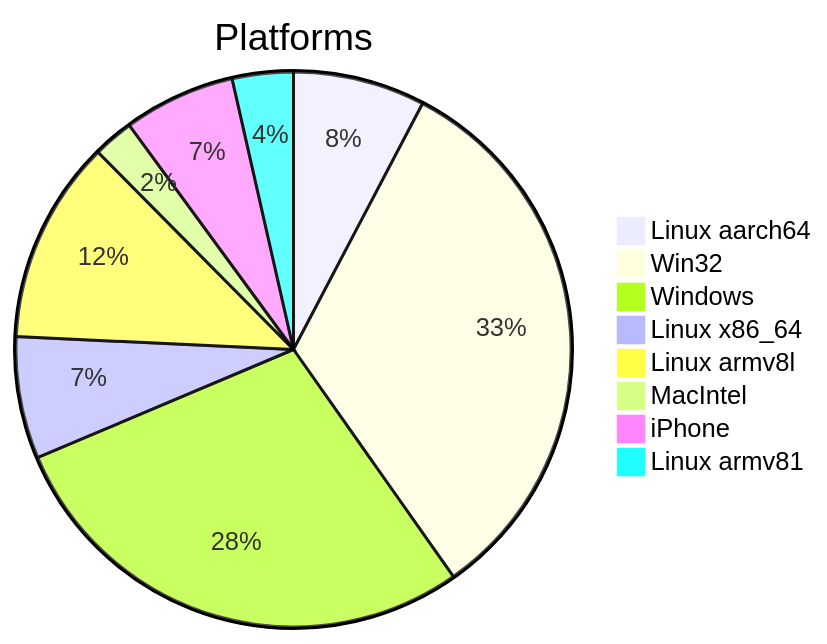
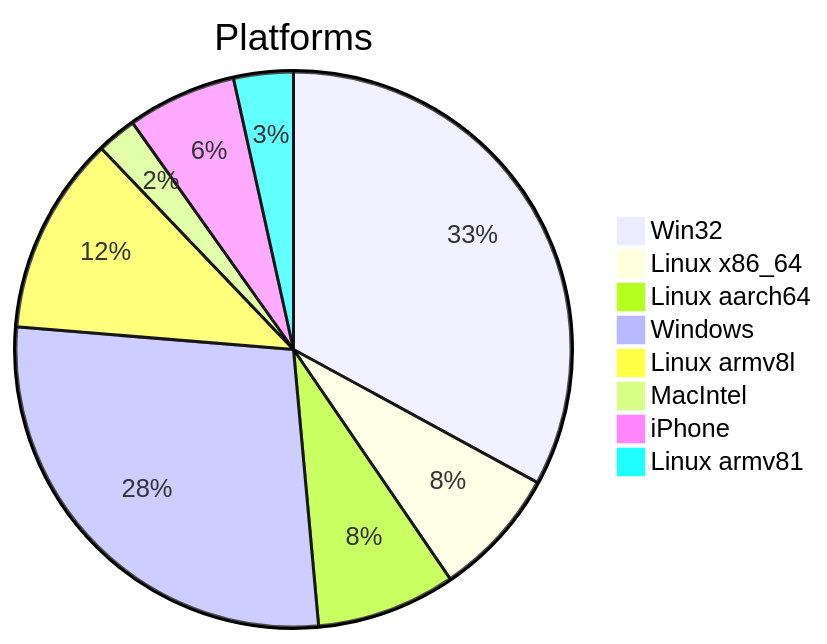
The first of 2 diagrams in DATA_REPORT.md (Krugou/socials), drawn with Mermaid before and after one commit. The commit also changed other lines of this file and 2 other files, not shown here.

````diff
--- a/DATA_REPORT.md
+++ b/DATA_REPORT.md
@@ -9,11 +9,11 @@
 ```mermaid
 pie title Platforms
-    "Linux aarch64" : 13
-    "Win32" : 55
+    "Win32" : 57
+    "Linux x86_64" : 13
+    "Linux aarch64" : 14
     "Windows" : 48
-    "Linux x86_64" : 12
     "Linux armv8l" : 20
     "MacIntel" : 4
     "iPhone" : 11
     "Linux armv81" : 6
 ```
````
